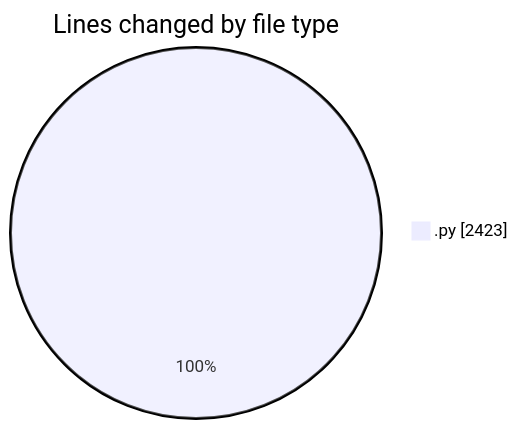
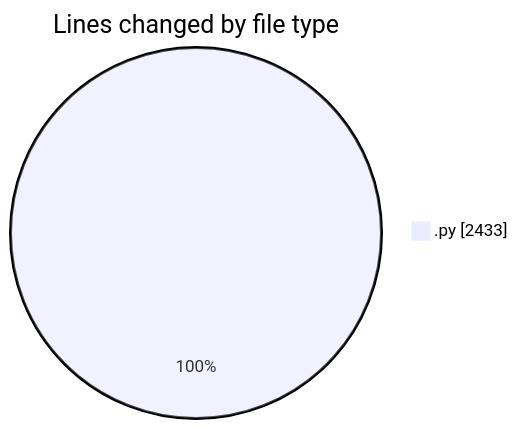
The first of 2 diagrams in 2026-01-11/dsa/README.md (Ritupan-Deka/code-tracking), drawn with Mermaid before and after one commit. The commit also changed other lines of this file and 1 other file, not shown here.

````diff
--- a/2026-01-11/dsa/README.md
+++ b/2026-01-11/dsa/README.md
@@ -20,5 +21,5 @@
 ```mermaid
 pie showData
 title Lines changed by file type
-".py" : 2423
+".py" : 2433
 ```
````
